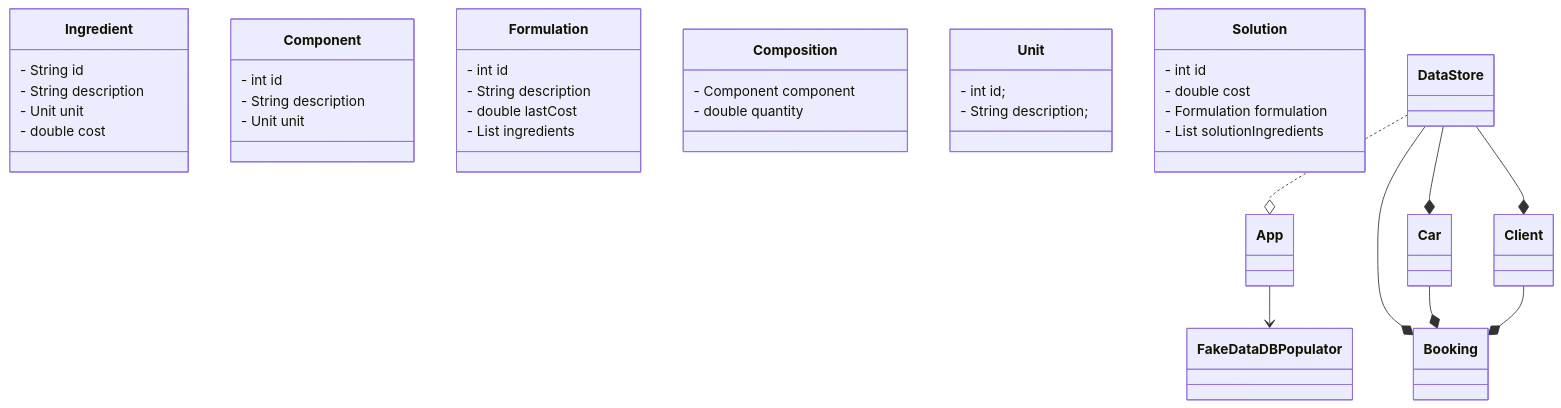
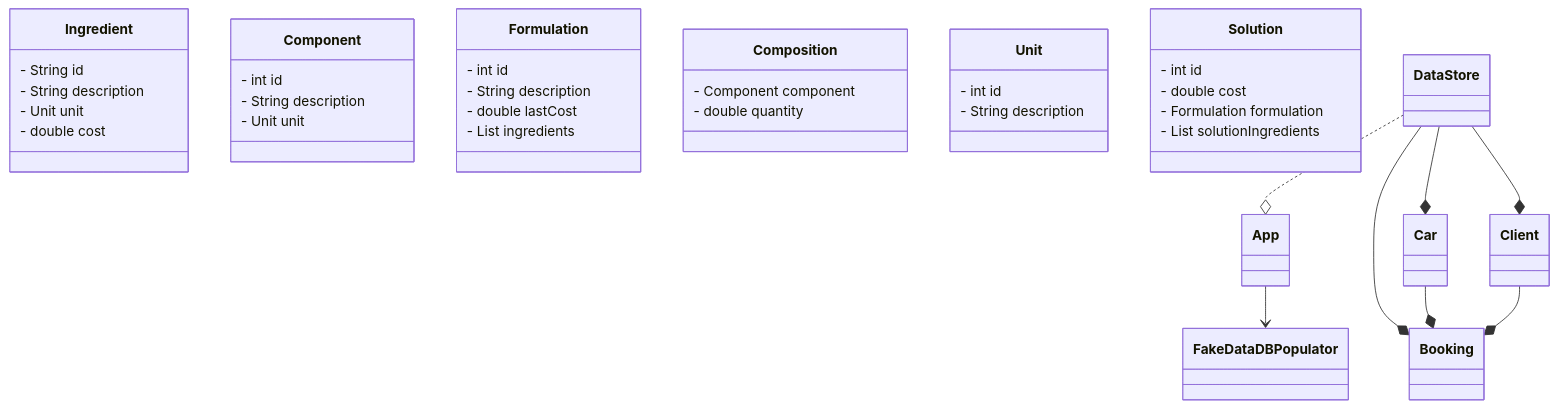
One commit to cvilafer/Formulations changed the diagram in docs/uml.md. Above: the diagram before and after it, drawn with Mermaid. The commit also changed other lines of this file, not shown here.

Commit message:
Reorganize UML Data Model documentation

````diff
--- a/docs/uml.md
+++ b/docs/uml.md
@@ -121,56 +121,56 @@
 ```mermaid
 classDiagram
     class App {
 
     } 
 
     class Ingredient{
       - String id
       - String description
       - Unit unit
       - double cost    
     }
     class Component{
         - int id
     - String description
     - Unit unit
     }
     class Formulation{
         - int id
     - String description
     - double lastCost
     - List<Ingredient> ingredients
 
 
     }
 
     class Composition {
 - Component component
     - double quantity
     }
 
     class Unit {
 
-     - int id;
-    - String description;
+     - int id
+    - String description
 
     }
 
     class Solution {
 
     - int id
     - double cost
     - Formulation formulation
     - List<SolutionIngredient> solutionIngredients
 
      }
 
 
     App --> FakeDataDBPopulator
     DataStore ..o App
     DataStore --* Car
     DataStore --* Booking
     DataStore --* Client
     Car --* Booking
     Client --* Booking
 ```
````
